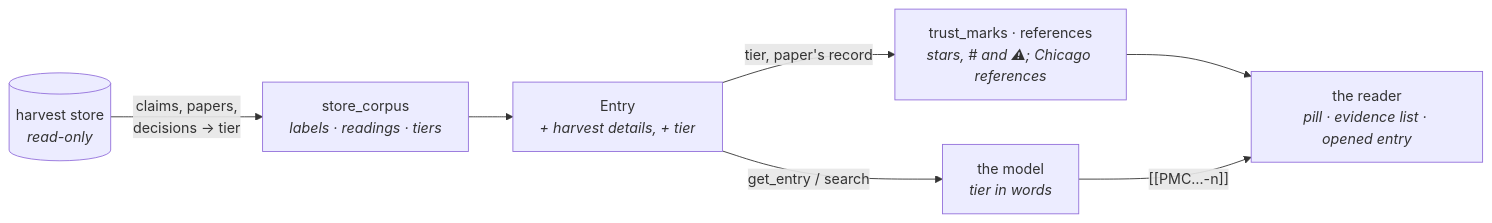
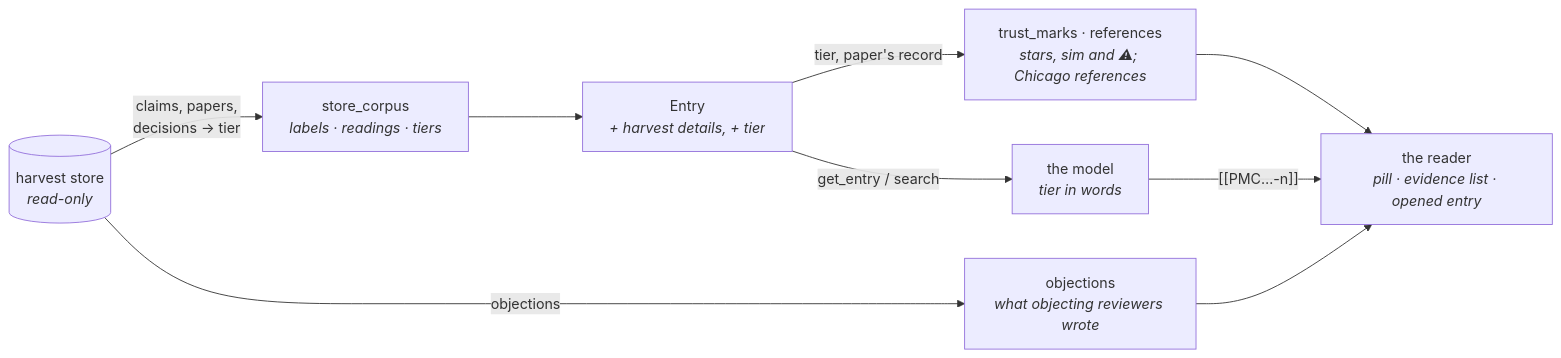
Diagram 14 of 14 in docs/diagrams/architecture.md (DukeOfErl/Numera), drawn with Mermaid before and after one commit. The commit also changed other lines of this file, not shown here.

First line of the commit message:
Bring the architecture diagrams up to date

````diff
--- a/docs/diagrams/architecture.md
+++ b/docs/diagrams/architecture.md
@@ -583,13 +591,15 @@
 ```mermaid
 flowchart LR
     store[("harvest store<br/><i>read-only</i>")]
     loader["store_corpus<br/><i>labels · readings · tiers</i>"]
     entry["Entry<br/><i>+ harvest details, + tier</i>"]
     model["the model<br/><i>tier in words</i>"]
-    marks["trust_marks · references<br/><i>stars, # and ⚠; Chicago references</i>"]
+    marks["trust_marks · references<br/><i>stars, sim and ⚠; Chicago references</i>"]
+    obj["objections<br/><i>what objecting reviewers wrote</i>"]
     reader["the reader<br/><i>pill · evidence list · opened entry</i>"]
     store -- "claims, papers,<br/>decisions → tier" --> loader --> entry
     entry -- "get_entry / search" --> model
     entry -- "tier, paper's record" --> marks --> reader
     model -- "[[PMC…-n]]" --> reader
+    store -- "objections" --> obj --> reader
 ```
````
